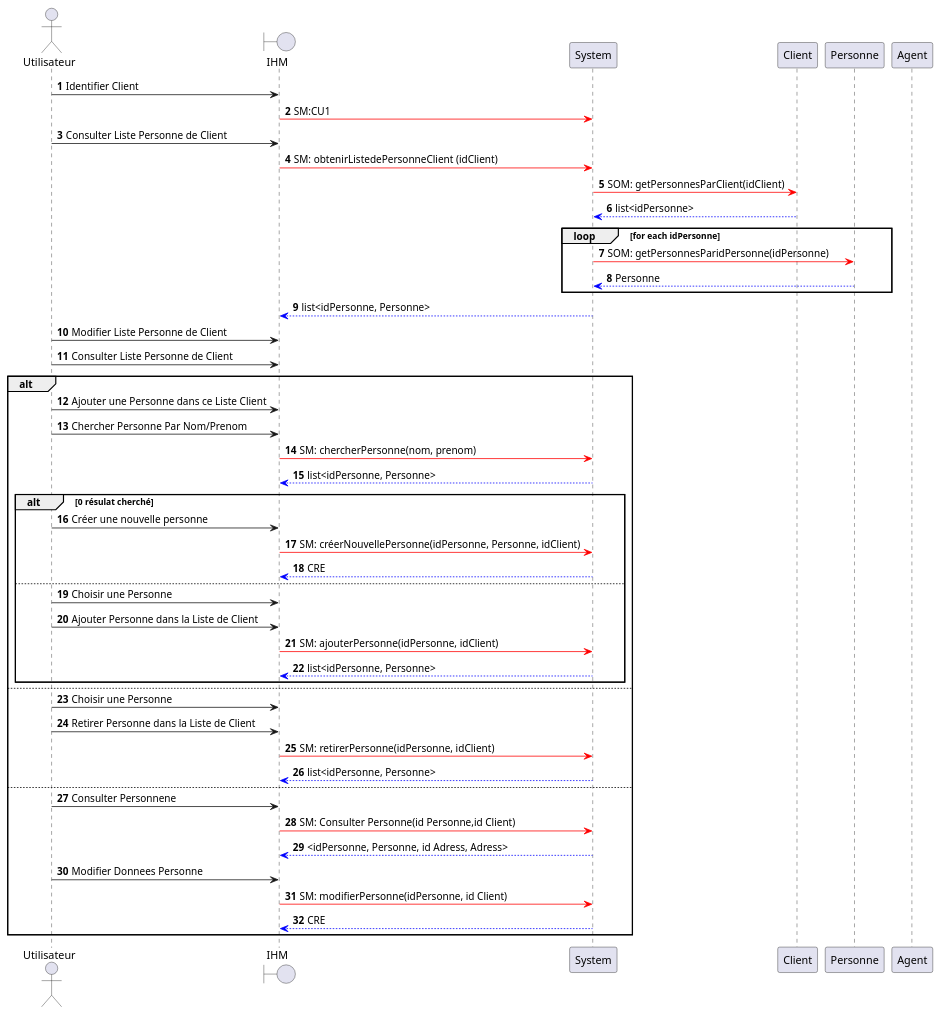
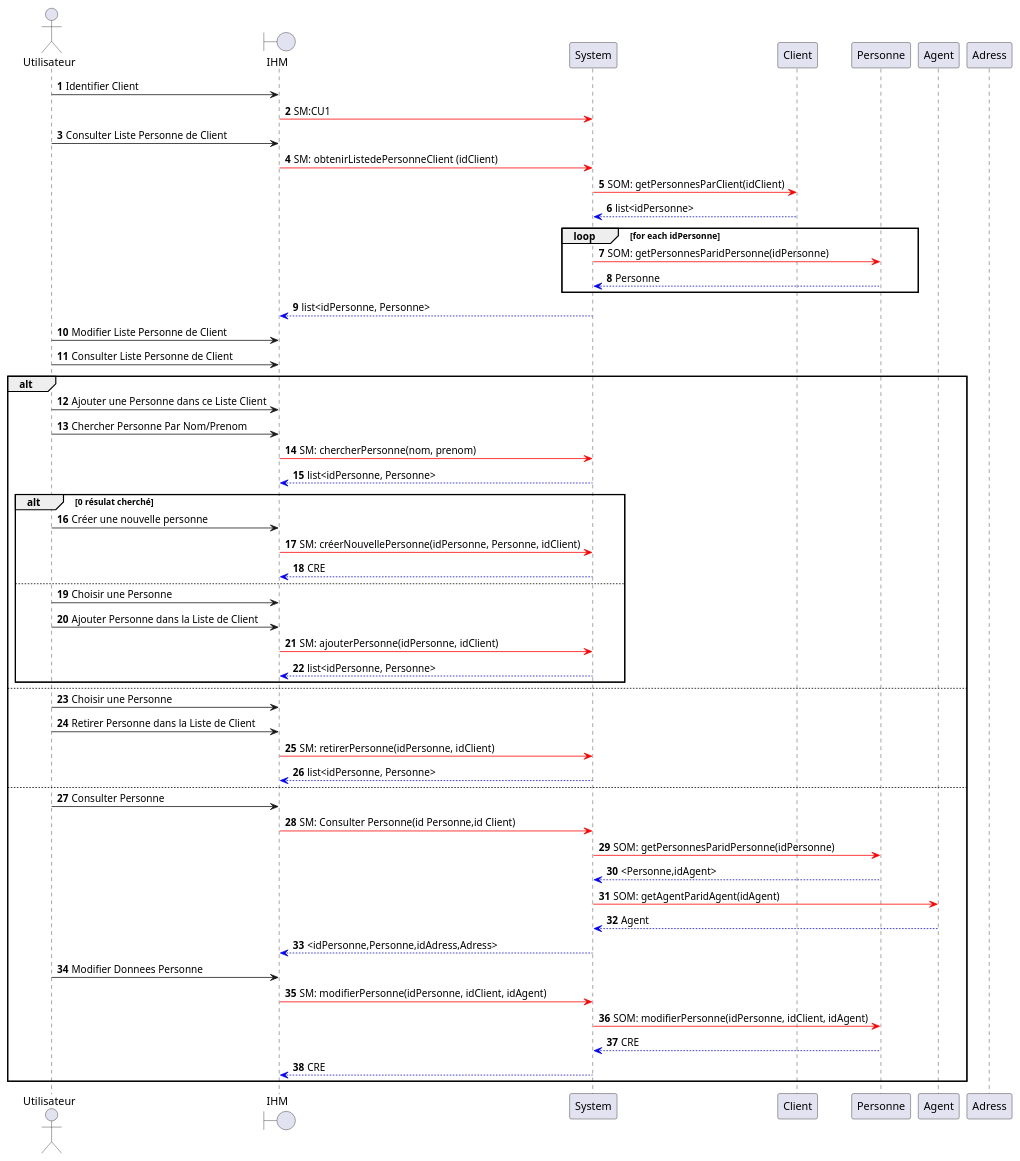
The diagram in src/documentation/CU2-DSS.puml (HZjiadong/PLD-MARS), drawn with PlantUML before and after one commit.

Commit message:
doc(CU2-DSS): DSD CU2 50%

```diff
--- a/src/documentation/CU2-DSS.puml
+++ b/src/documentation/CU2-DSS.puml
@@ -1,65 +1,70 @@
 @startuml
 
 actor Utilisateur as U
 boundary IHM as I
 participant System as S
 participant Client as C
 participant Personne as P
 participant Agent as A
-
+participant Adress as Ad
+'在personne和agent之间添加一个association 来储存最后一个modifier/ajouter 的agent的Id
 autonumber
 
 U->I: Identifier Client
     I-[#red]>S: SM:CU1
 
 U->I: Consulter Liste Personne de Client
     I-[#red]>S: SM: obtenirListedePersonneClient (idClient)
         S-[#red]>C: SOM: getPersonnesParClient(idClient)
         C-[#0000FF]->S: list<idPersonne>
         loop for each idPersonne
         S-[#red]>P: SOM: getPersonnesParidPersonne(idPersonne)
         P-[#0000FF]->S: Personne
         end
 
     S-[#0000FF]->I: list<idPersonne, Personne>
 
 
 U->I: Modifier Liste Personne de Client
 U->I: Consulter Liste Personne de Client
 alt
     U->I: Ajouter une Personne dans ce Liste Client
 
     U->I: Chercher Personne Par Nom/Prenom
         I-[#red]>S: SM: chercherPersonne(nom, prenom)
         S-[#0000FF]->I: list<idPersonne, Personne>
     alt  0 résulat cherché
     U->I: Créer une nouvelle personne
             I-[#red]>S: SM: créerNouvellePersonne(idPersonne, Personne, idClient)
             S-[#0000FF]->I: CRE
     else
     U->I: Choisir une Personne
 
     U->I: Ajouter Personne dans la Liste de Client
         I-[#red]>S: SM: ajouterPersonne(idPersonne, idClient)
         S-[#0000FF]->I: list<idPersonne, Personne>
     end
 else
     U->I: Choisir une Personne
     U->I: Retirer Personne dans la Liste de Client
         I-[#red]>S: SM: retirerPersonne(idPersonne, idClient)
         S-[#0000FF]->I: list<idPersonne, Personne>
 else
-    U->I: Consulter Personnene
+    U->I: Consulter Personne
         I-[#red]>S: SM: Consulter Personne(id Personne,id Client)
-        S-[#0000FF]->I: <idPersonne, Personne, id Adress, Adress>
+            S-[#red]>P: SOM: getPersonnesParidPersonne(idPersonne)
+            P-[#0000FF]->S: <Personne,idAgent>
+            S-[#red]>A: SOM: getAgentParidAgent(idAgent)
+            A-[#0000FF]->S: Agent
+
+        S-[#0000FF]->I: <idPersonne,Personne,idAdress,Adress>
     U->I: Modifier Donnees Personne
-        I-[#red]>S: SM: modifierPersonne(idPersonne, id Client)
+        I-[#red]>S: SM: modifierPersonne(idPersonne, idClient, idAgent)
+            S-[#red]>P: SOM: modifierPersonne(idPersonne, idClient, idAgent)
+            P-[#0000FF]->S: CRE
         S-[#0000FF]->I: CRE
 end
 
 
 
-
-
-
 @enduml
```
